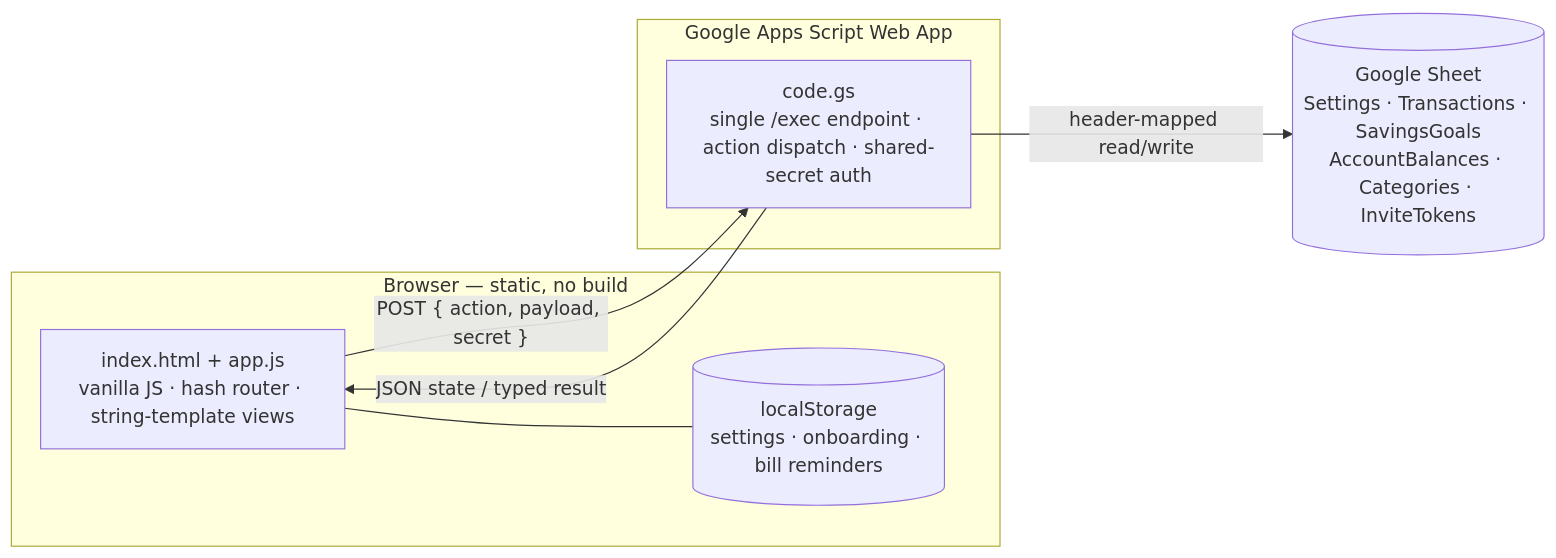
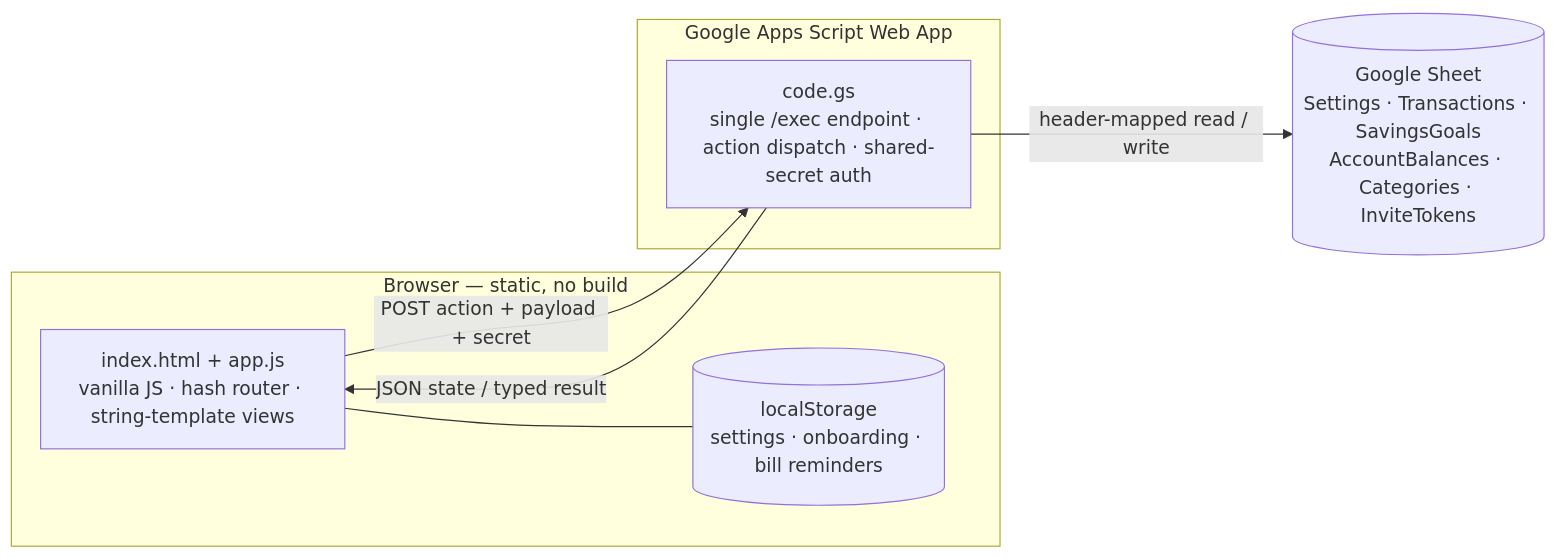
One commit to dorkrespi/BudgetPro-v2 changed the diagram in README.md. Above: the diagram before and after it, drawn with Mermaid.

Commit message:
docs: simplify mermaid edge labels for reliable rendering
Claude-Session: https://claude.ai/code/session_01WPVfPff48fGFjvouE1fSvs

````diff
--- a/README.md
+++ b/README.md
@@ -51,18 +51,18 @@
 ```mermaid
 flowchart LR
     subgraph Client["Browser — static, no build"]
         UI["index.html + app.js<br/>vanilla JS · hash router · string-template views"]
         LS[("localStorage<br/>settings · onboarding · bill reminders")]
         UI --- LS
     end
 
     subgraph Backend["Google Apps Script Web App"]
         API["code.gs<br/>single /exec endpoint · action dispatch · shared-secret auth"]
     end
 
     Sheet[("Google Sheet<br/>Settings · Transactions · SavingsGoals<br/>AccountBalances · Categories · InviteTokens")]
 
-    UI -- "POST { action, payload, secret }" --> API
+    UI -- "POST action + payload + secret" --> API
     API -- "JSON state / typed result" --> UI
-    API -- "header-mapped read/write" --> Sheet
+    API -- "header-mapped read / write" --> Sheet
 ```
````
